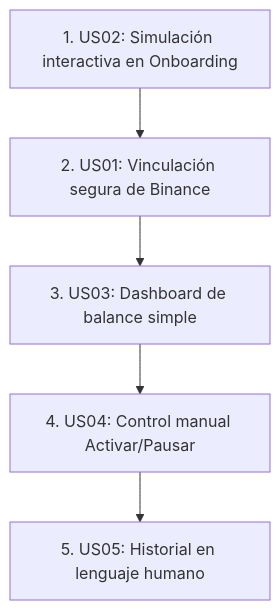
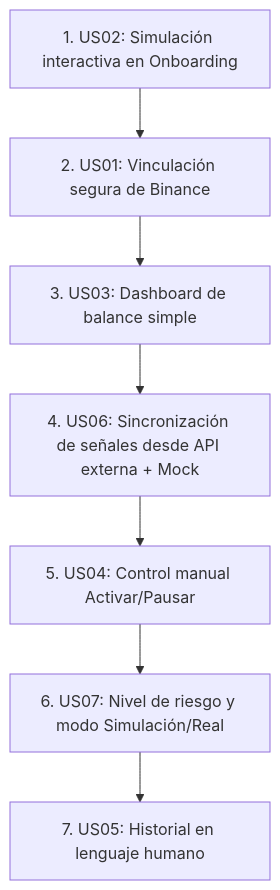
Before and after one commit to iranvibo/inversion-optimizada: the diagram in docs/user-story.md, drawn with Mermaid. The commit also changed other lines of this file and 10 other files, not shown here.

Commit message:
docs: update documentation, diagrams, and project memory files with new capital flow visualization

````diff
--- a/docs/user-story.md
+++ b/docs/user-story.md
@@ -166,7 +234,9 @@
 ```mermaid
 graph TD
     US02[1. US02: Simulación interactiva en Onboarding] --> US01[2. US01: Vinculación segura de Binance]
     US01 --> US03[3. US03: Dashboard de balance simple]
-    US03 --> US04[4. US04: Control manual Activar/Pausar]
-    US04 --> US05[5. US05: Historial en lenguaje humano]
+    US03 --> US06[4. US06: Sincronización de señales desde API externa + Mock]
+    US06 --> US04[5. US04: Control manual Activar/Pausar]
+    US04 --> US07[6. US07: Nivel de riesgo y modo Simulación/Real]
+    US07 --> US05[7. US05: Historial en lenguaje humano]
 ```
````
